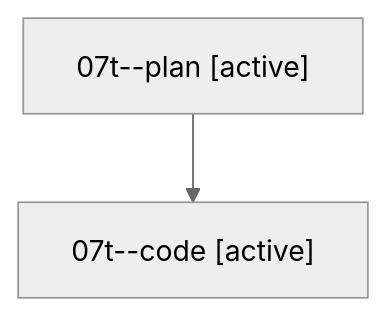
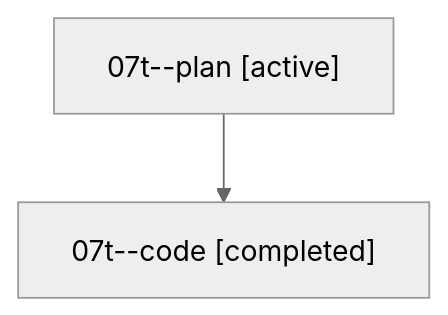
The diagram in families/bbugyi200.athena.07t.md (sase-org/sase--agents), drawn with Mermaid (neutral theme) before and after one commit. The commit also changed other lines of this file and 35830 other files, not shown here.

````diff
--- a/families/bbugyi200.athena.07t.md
+++ b/families/bbugyi200.athena.07t.md
@@ -9,6 +9,6 @@
 ```mermaid
 flowchart TD
   n0["07t--plan [active]"]
-  n1["07t--code [active]"]
+  n1["07t--code [completed]"]
   n0 --> n1
 ```
````
